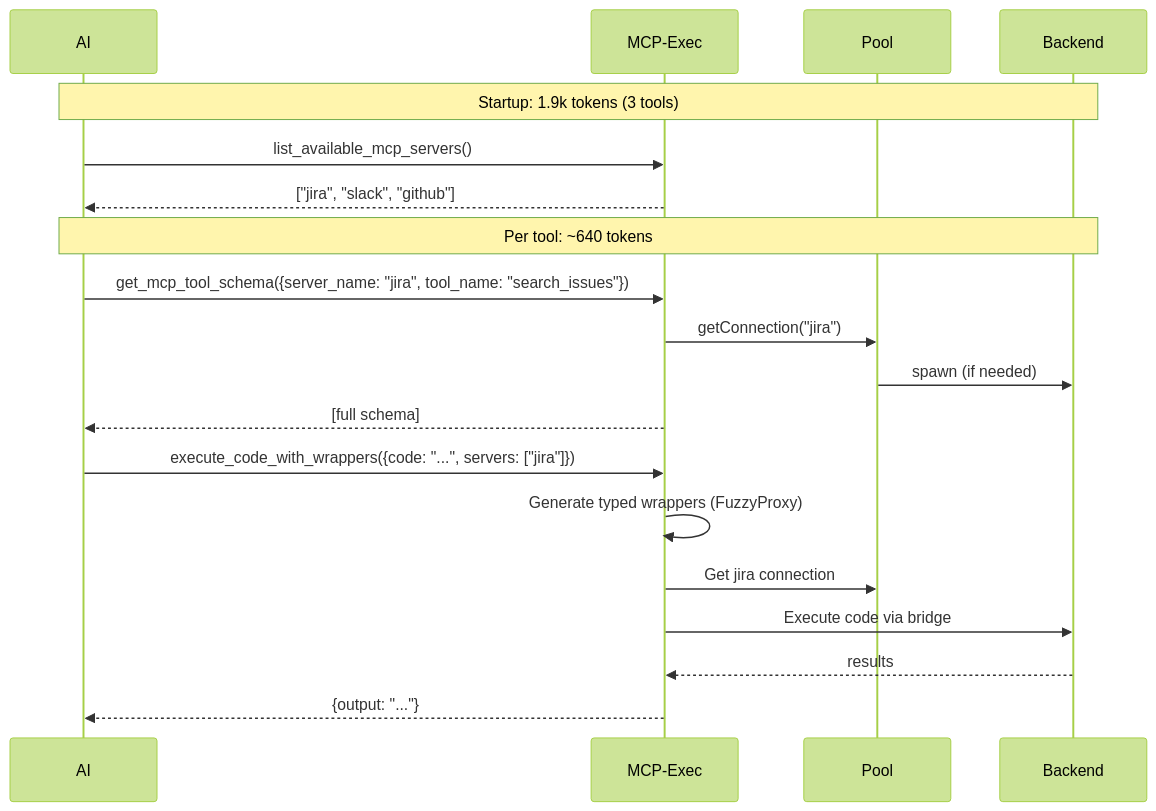
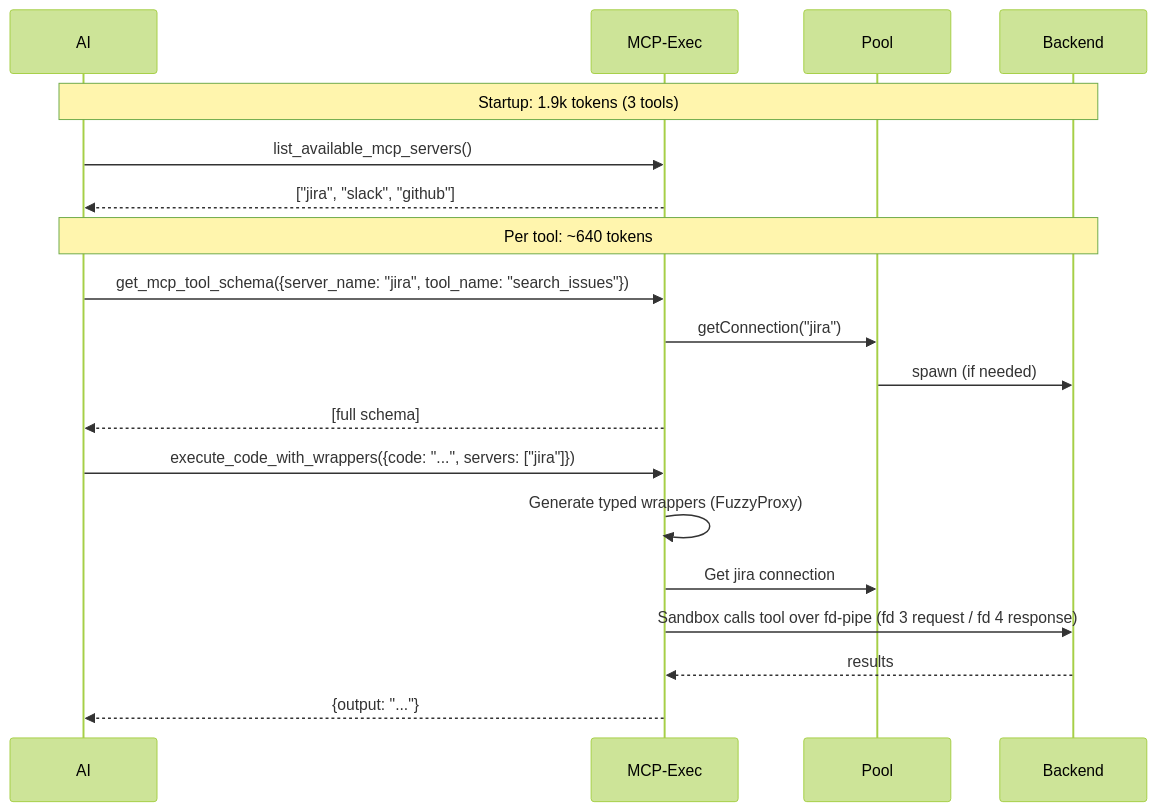
Before and after one commit to blueman82/mcp-exec: the second of 3 diagrams in docs/ARCHITECTURE.md, drawn with Mermaid (forest theme). The commit also changed other lines of this file and 20 other files, not shown here.

Commit message:
Rename meta-mcp -> mcp-exec; drop legacy migration; correct ARCHITECTURE to fd-transport

````diff
--- a/docs/ARCHITECTURE.md
+++ b/docs/ARCHITECTURE.md
@@ -137,25 +137,25 @@
 ```mermaid
 sequenceDiagram
   participant AI
   participant Exec as MCP-Exec
   participant Pool
   participant Backend
 
   Note over AI,Backend: Startup: 1.9k tokens (3 tools)
 
   AI->>Exec: list_available_mcp_servers()
   Exec-->>AI: ["jira", "slack", "github"]
 
   Note over AI,Backend: Per tool: ~640 tokens
   AI->>Exec: get_mcp_tool_schema({server_name: "jira", tool_name: "search_issues"})
   Exec->>Pool: getConnection("jira")
   Pool->>Backend: spawn (if needed)
   Exec-->>AI: [full schema]
 
   AI->>Exec: execute_code_with_wrappers({code: "...", servers: ["jira"]})
   Exec->>Exec: Generate typed wrappers (FuzzyProxy)
   Exec->>Pool: Get jira connection
-  Exec->>Backend: Execute code via bridge
+  Exec->>Backend: Sandbox calls tool over fd-pipe (fd 3 request / fd 4 response)
   Backend-->>Exec: results
   Exec-->>AI: {output: "..."}
 ```
````
